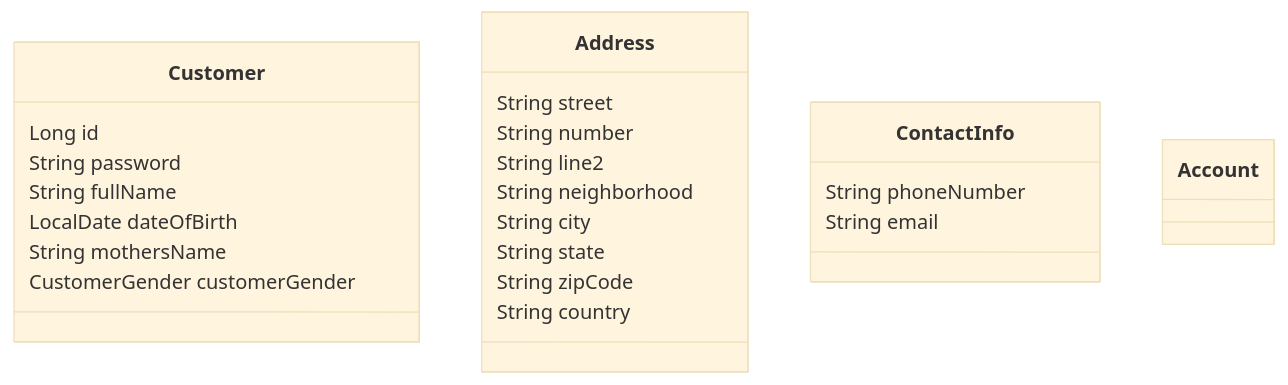
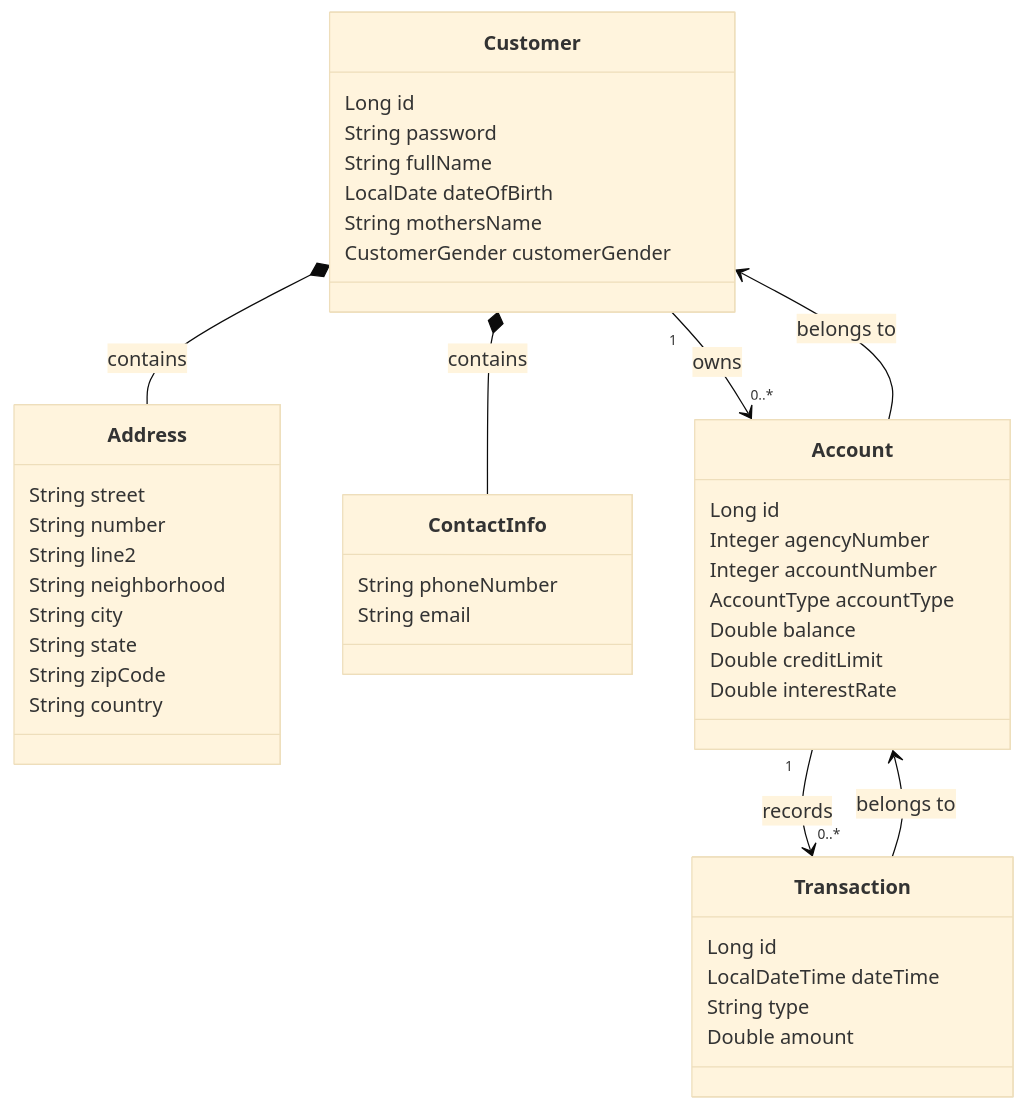
The first of 2 diagrams in README.md (ricardobfernandes/bank-ddd-architecture), drawn with Mermaid (base theme) before and after one commit. The commit also changed other lines of this file, not shown here.

Commit message:
Readme adjustment

````diff
--- a/README.md
+++ b/README.md
@@ -574,30 +578,57 @@
 ```mermaid
 classDiagram
 
 class Customer {
     Long id
     String password
     String fullName
     LocalDate dateOfBirth
     String mothersName
     CustomerGender customerGender
 }
 
 class Address {
     String street
     String number
     String line2
     String neighborhood
     String city
     String state
     String zipCode
     String country
 }
 
 class ContactInfo {
     String phoneNumber
     String email
 }
 
-class Account 
+class Account {
+    Long id
+    Integer agencyNumber
+    Integer accountNumber
+    AccountType accountType
+    Double balance
+    Double creditLimit
+    Double interestRate
+}
+
+class Transaction {
+    Long id
+    LocalDateTime dateTime
+    String type
+    Double amount
+}
+
+Customer "1" --> "0..*" Account : owns
+
+Account "1" --> "0..*" Transaction : records
+
+Customer *-- Address : contains
+
+Customer *-- ContactInfo : contains
+
+Account --> Customer : belongs to
+
+Transaction --> Account : belongs to
 ```
````
